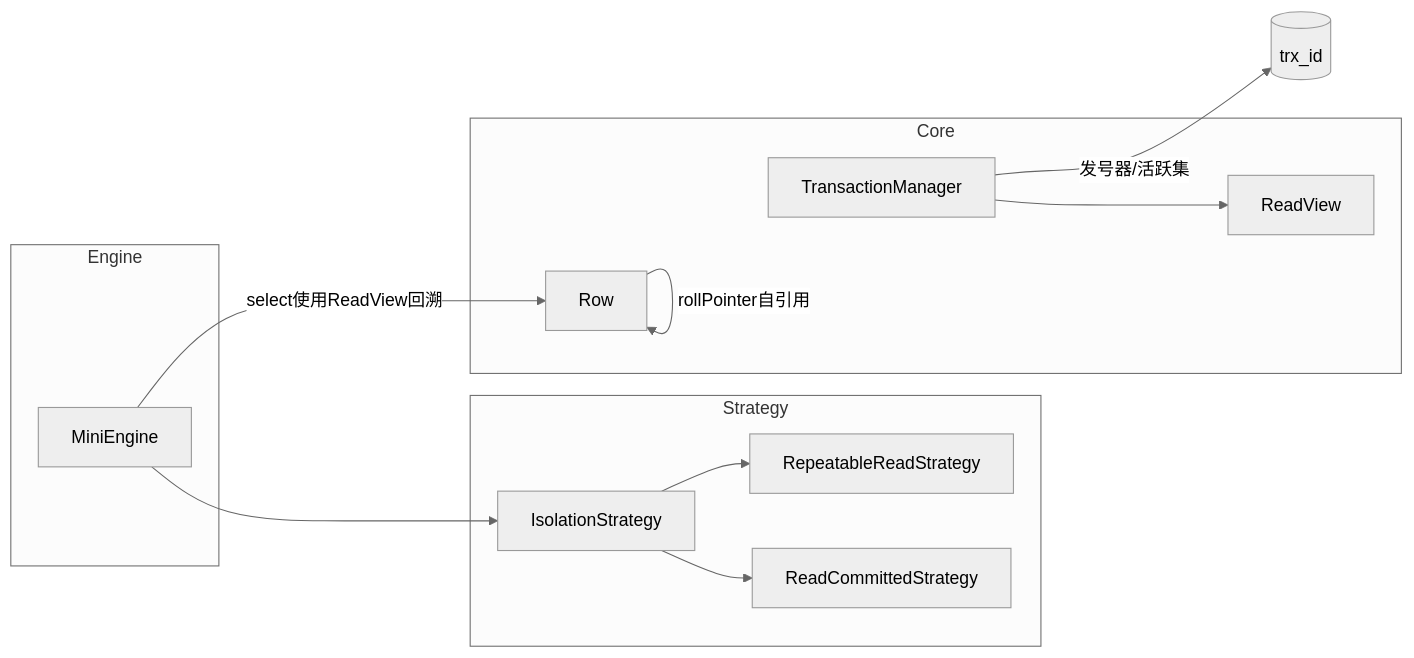
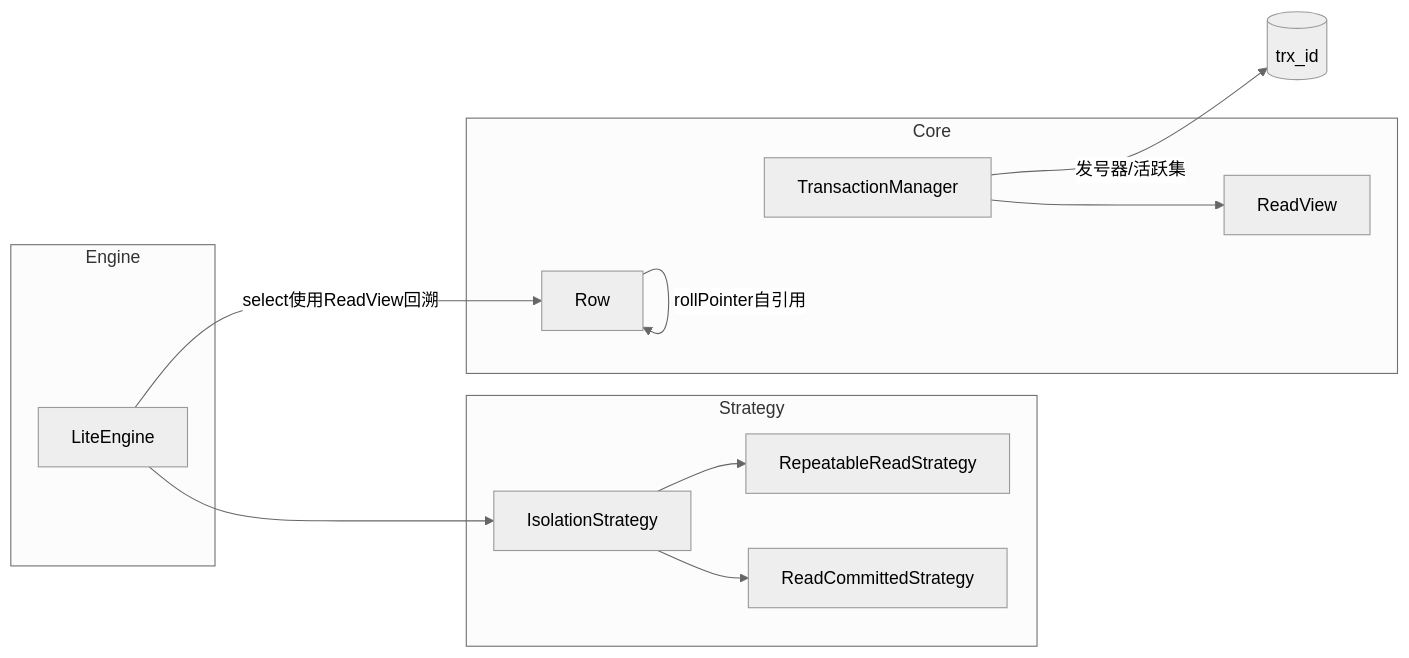
The second of 3 diagrams in docs/diagrams.md (YeLuoXu/java-lite-mvcc), drawn with Mermaid (neutral theme) before and after one commit. The commit also changed other lines of this file and 5 other files, not shown here.

````diff
--- a/docs/diagrams.md
+++ b/docs/diagrams.md
@@ -39,26 +39,26 @@
 ```mermaid
 flowchart LR
     subgraph Core
         TM[TransactionManager]
         RV[ReadView]
         RowClass[Row]
     end
 
     subgraph Engine
-        ME[MiniEngine]
+        ME[LiteEngine]
     end
 
     subgraph Strategy
         IS[IsolationStrategy]
         RC[ReadCommittedStrategy]
         RR[RepeatableReadStrategy]
     end
 
     TM --> RV
     TM -->|"发号器/活跃集"| TRX[(trx_id)]
     ME --> IS
     IS --> RC
     IS --> RR
     ME -->|"select使用ReadView回溯"| RowClass
     RowClass -->|"rollPointer自引用"| RowClass
 ```
````
